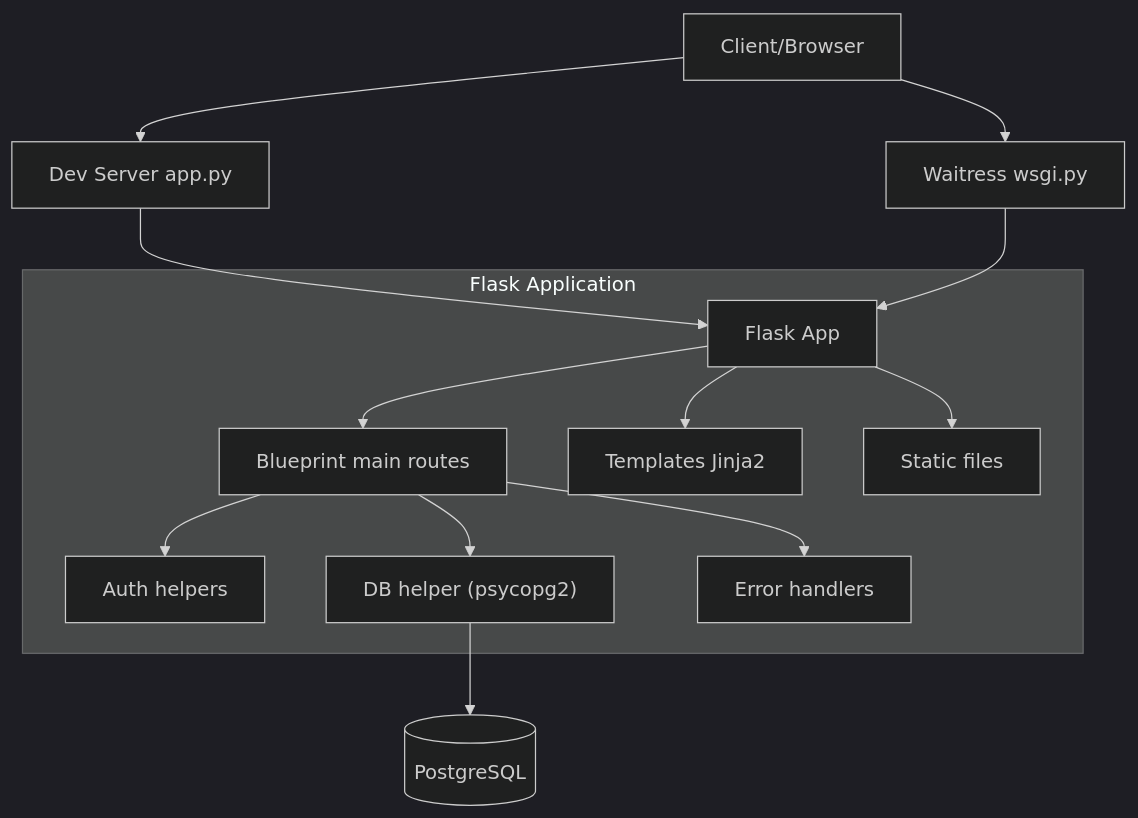
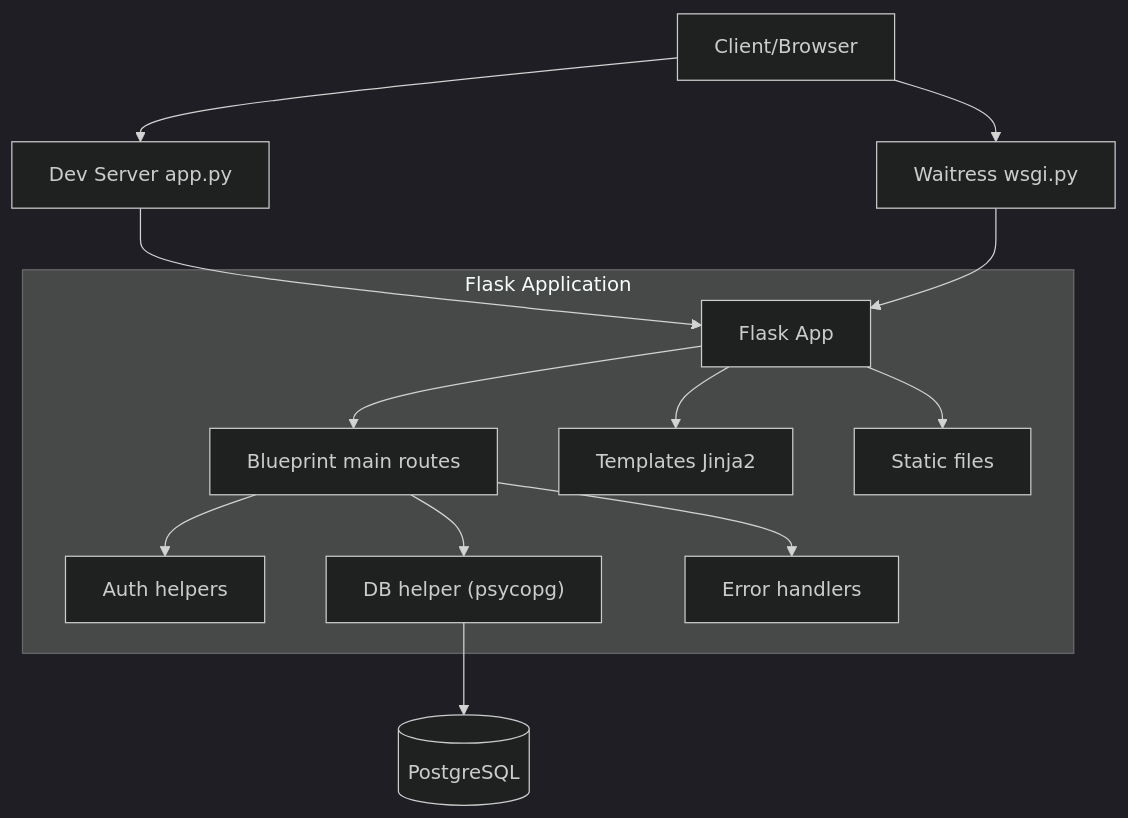
One commit to overthetop/flask_demo changed the first of 3 diagrams in README.md. Above: the diagram before and after it, drawn with Mermaid (dark theme). The commit also changed other lines of this file and 10 other files, not shown here.

````diff
--- a/README.md
+++ b/README.md
@@ -60,32 +61,32 @@
 ```mermaid
 flowchart TD
   %% Nodes
   A[Client/Browser]
   J[Dev Server app.py]
   K[Waitress wsgi.py]
   B[Flask App]
   C[Blueprint main routes]
   D[Auth helpers]
-  E["DB helper (psycopg2)"]
+  E["DB helper (psycopg)"]
   F[Error handlers]
   G[Templates Jinja2]
   H[Static files]
   I[(PostgreSQL)]
 
   %% Edges
   A --> J
   A --> K
   J --> B
   K --> B
 
   subgraph Flask Application
     B --> C
     C --> D
     C --> E
     C --> F
     B --> G
     B --> H
   end
 
   E --> I
 ```
````
